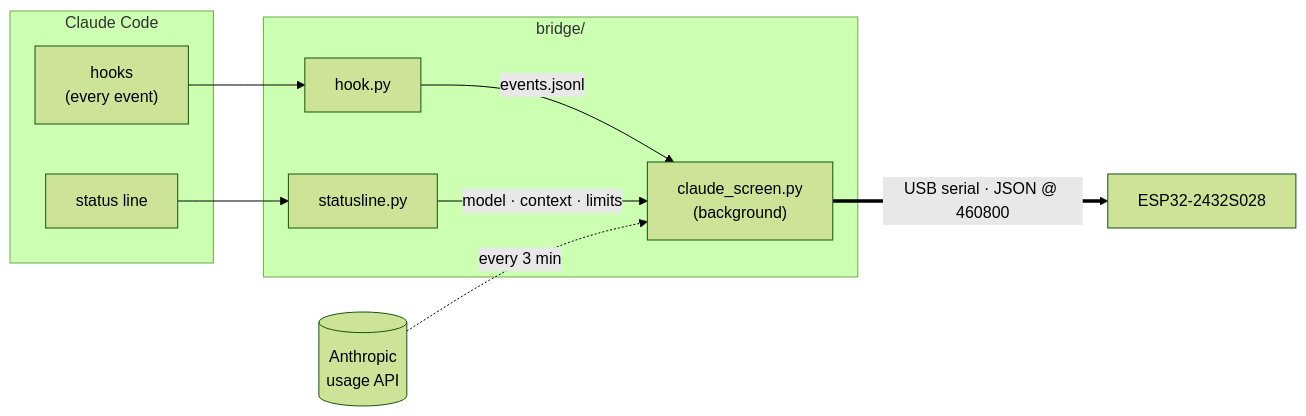
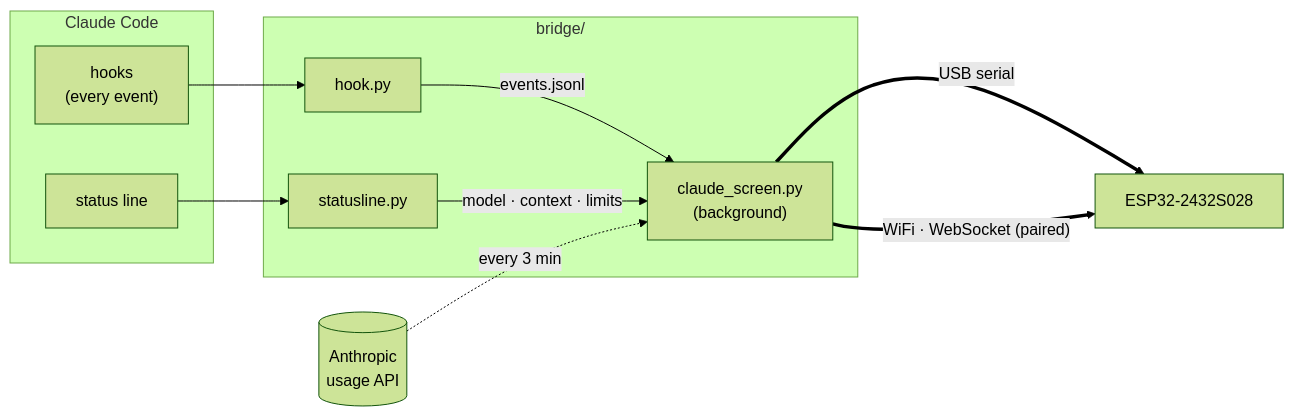
Before and after one commit to Alexr03/ClaudeScreen: the diagram in README.md, drawn with Mermaid (forest theme). The commit also changed other lines of this file and 9 other files, not shown here.

````diff
--- a/README.md
+++ b/README.md
@@ -41,19 +42,20 @@
 ```mermaid
 flowchart LR
     subgraph CC["Claude Code"]
         H["hooks<br/>(every event)"]
         SL["status line"]
     end
     subgraph PC["bridge/"]
         HP["hook.py"]
         ST["statusline.py"]
         B["claude_screen.py<br/>(background)"]
     end
     API[("Anthropic<br/>usage API")]
     D["ESP32-2432S028"]
 
     H --> HP -- "events.jsonl" --> B
     SL --> ST -- "model · context · limits" --> B
     API -. "every 3 min" .-> B
-    B == "USB serial · JSON @ 460800" ==> D
+    B == "USB serial" ==> D
+    B == "WiFi · WebSocket (paired)" ==> D
 ```
````
